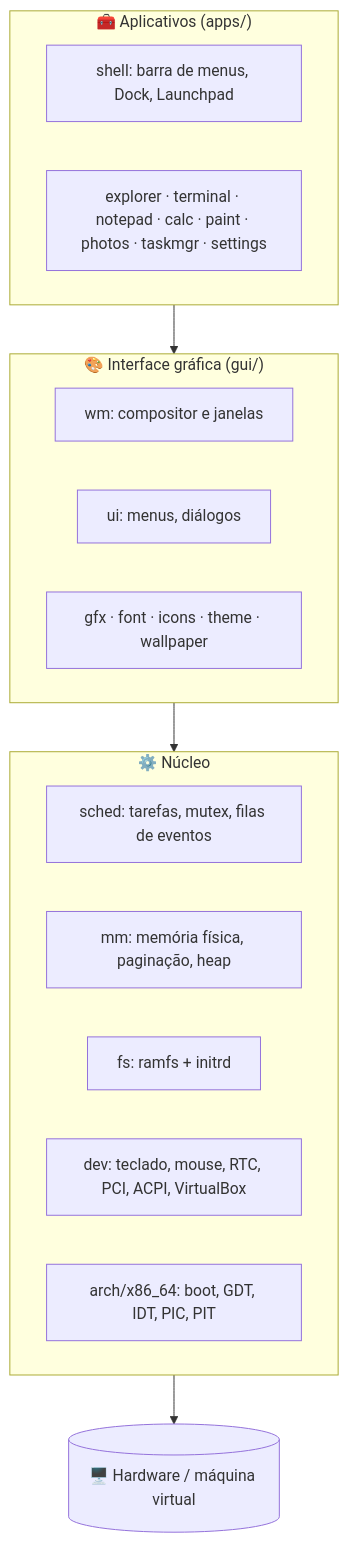
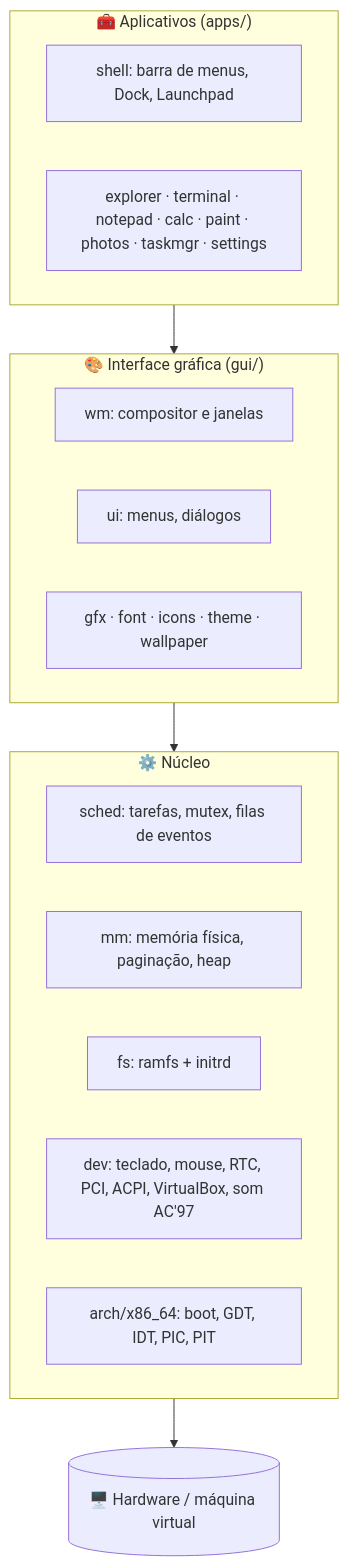
One commit to AlefRP/capivara_os changed the first of 5 diagrams in docs/arquitetura.md. Above: the diagram before and after it, drawn with Mermaid. The commit also changed other lines of this file and 49 other files, not shown here.

````diff
--- a/docs/arquitetura.md
+++ b/docs/arquitetura.md
@@ -13,21 +13,21 @@
 ```mermaid
 flowchart TB
     subgraph apps["🧰 Aplicativos (apps/)"]
         shell["shell: barra de menus, Dock, Launchpad"]
         outros["explorer · terminal · notepad · calc · paint · photos · taskmgr · settings"]
     end
     subgraph gui["🎨 Interface gráfica (gui/)"]
         wm["wm: compositor e janelas"]
         ui["ui: menus, diálogos"]
         gfx["gfx · font · icons · theme · wallpaper"]
     end
     subgraph nucleo["⚙️ Núcleo"]
         sched["sched: tarefas, mutex, filas de eventos"]
         mm["mm: memória física, paginação, heap"]
         fs["fs: ramfs + initrd"]
-        dev["dev: teclado, mouse, RTC, PCI, ACPI, VirtualBox"]
+        dev["dev: teclado, mouse, RTC, PCI, ACPI, VirtualBox, som AC'97"]
         arch["arch/x86_64: boot, GDT, IDT, PIC, PIT"]
     end
     hw[("🖥️ Hardware / máquina virtual")]
     apps --> gui --> nucleo --> hw
 ```
````
